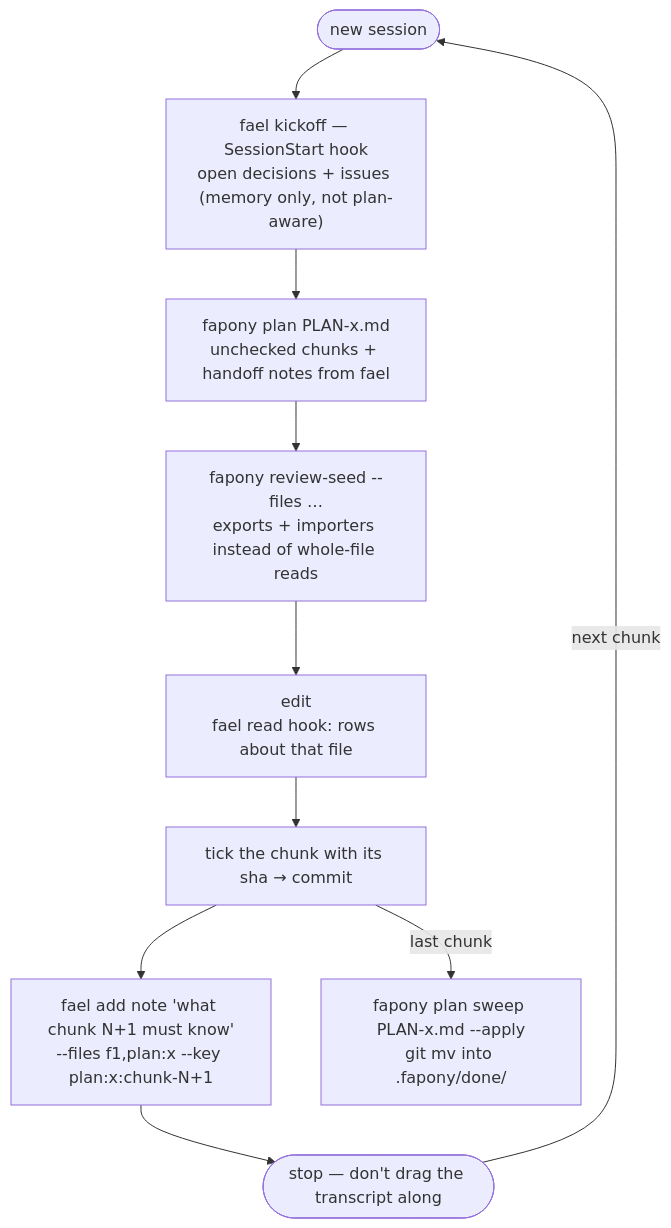
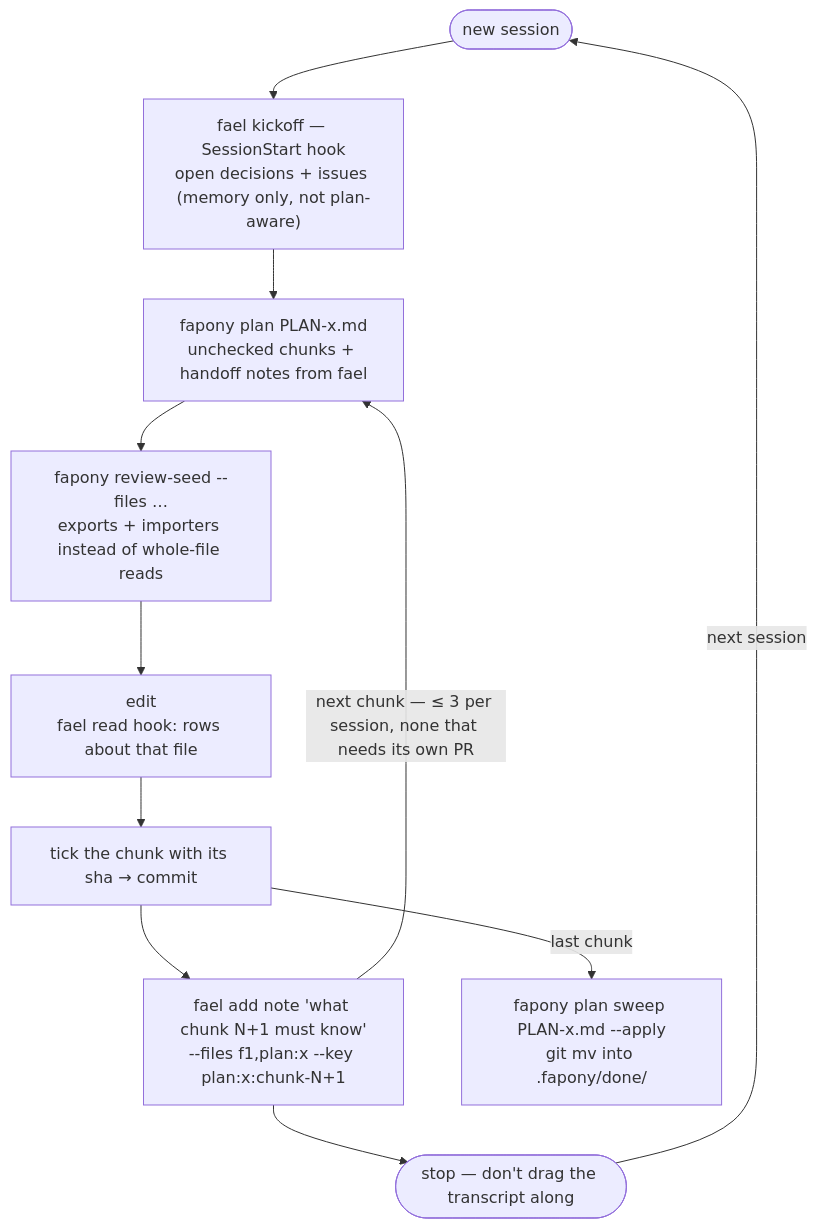
Before and after one commit to zecalis/fapony: the first of 2 diagrams in README.md, drawn with Mermaid. The commit also changed other lines of this file and 2 other files, not shown here.

Commit message:
feat(plan-seed): §6 carries the chunk batching rule — up to 3 chunks per session/PR (#126)
* feat(plan-seed): §6 carries the chunk batching rule — up to 3 chunks per session/PR

- The seeded Steps line no longer says "one step = one session". It now
  says: one session = one branch = one squash-merged PR, up to 3 chunks,
  one commit per chunk.
- It also lists the chunks that get their own PR: schema/migration or
  persisted format, auth/permissions/security, money logic, public API
  or CLI contract, design review. It covers closing each chunk fully,
  stopping at human decisions, and stacked PRs with `git rebase --onto`.
- Closing line: tick with sha (+ PR number once it exists), because
  squash rewrites branch shas.
- README flow matches the new loop.

This line is now the single source; CLAUDE.md/AGENTS.md files point to
it instead of restating it.

* docs(init): rules snippet points at the PLAN §6 line instead of restating one-chunk-per-session

The CLAUDE.md/AGENTS.md snippet `fapony init` writes still said "Stop. Do not
continue to the next chunk in the same session", which contradicted the new §6
line. It now points there; the fael handoff guidance stays.

---------

````diff
--- a/README.md
+++ b/README.md
@@ -34,12 +34,13 @@
 ```mermaid
 flowchart TD
     S([new session]) --> K["fael kickoff — SessionStart hook<br/>open decisions + issues (memory only, not plan-aware)"]
     K --> P["fapony plan PLAN-x.md<br/>unchecked chunks + handoff notes from fael"]
     P --> L["fapony review-seed --files …<br/>exports + importers instead of whole-file reads"]
     L --> E["edit<br/>fael read hook: rows about that file"]
     E --> C["tick the chunk with its sha → commit"]
     C --> N["fael add note 'what chunk N+1 must know'<br/>--files f1,plan:x --key plan:x:chunk-N+1"]
+    N -->|next chunk — ≤ 3 per session, none that needs its own PR| P
     N --> X([stop — don't drag the transcript along])
-    X -->|next chunk| S
+    X -->|next session| S
     C -->|last chunk| W["fapony plan sweep PLAN-x.md --apply<br/>git mv into .fapony/done/"]
 ```
````
